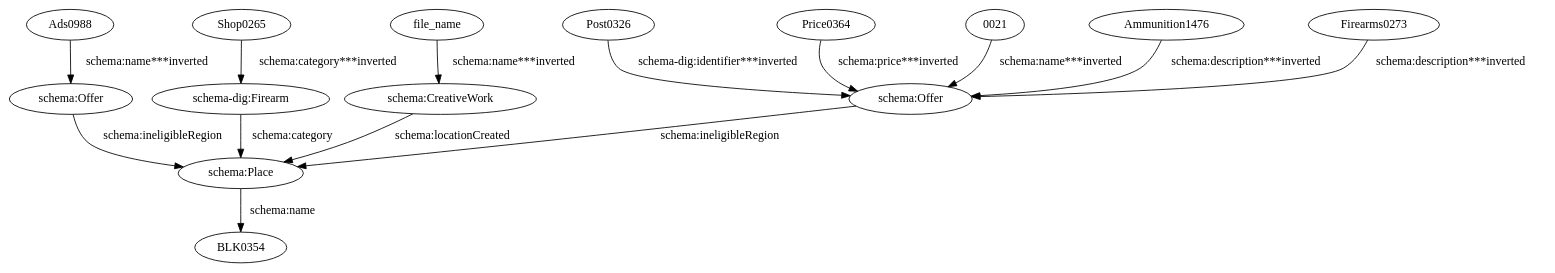
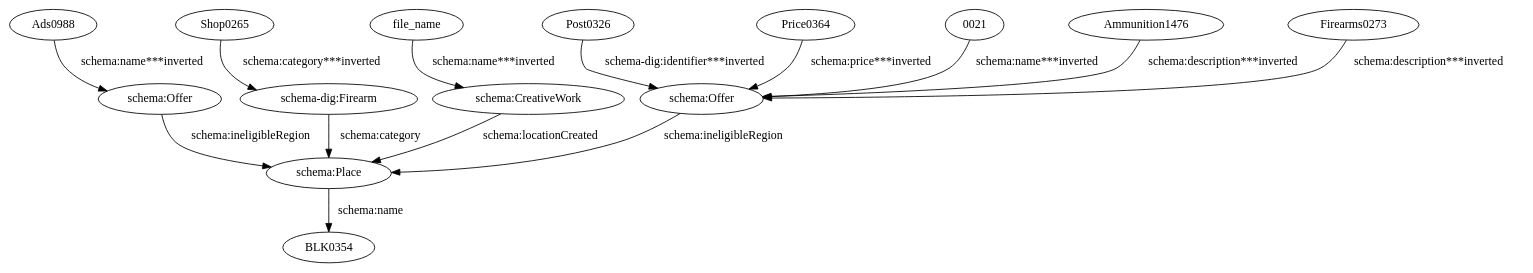
Before and after one commit to giuseppefutia/semi: the diagram in evaluation/taheriyan2016/task_04/semantic_models_steiner/dot/montanagunclassifieds.dot, drawn with Graphviz. The commit also changed 122 other files, not shown here.

```diff
--- a/evaluation/taheriyan2016/task_04/semantic_models_steiner/dot/montanagunclassifieds.dot
+++ b/evaluation/taheriyan2016/task_04/semantic_models_steiner/dot/montanagunclassifieds.dot
@@ -1,29 +1,29 @@
 digraph {
   "0021" [type=attribute_name,label="0021"]
   "schema:Offer1" [type=class_uri,label="schema:Offer"]
   Ads0988 [type=attribute_name,label=Ads0988]
   "schema:Offer2" [type=class_uri,label="schema:Offer"]
   Ammunition1476 [type=attribute_name,label=Ammunition1476]
   Firearms0273 [type=attribute_name,label=Firearms0273]
   Post0326 [type=attribute_name,label=Post0326]
   Price0364 [type=attribute_name,label=Price0364]
   Shop0265 [type=attribute_name,label=Shop0265]
   "schema-dig:Firearm1" [type=class_uri,label="schema-dig:Firearm"]
   file_name [type=attribute_name,label=file_name]
   "schema:CreativeWork1" [type=class_uri,label="schema:CreativeWork"]
   "schema:Place1" [type=class_uri,label="schema:Place"]
   BLK0354 [type=attribute_name,label=BLK0354]
   "0021" -> "schema:Offer1" [type=st_property_uri,label="schema:name***inverted",weight=1]
   Ads0988 -> "schema:Offer2" [type=st_property_uri,label="schema:name***inverted",weight=1]
   Ammunition1476 -> "schema:Offer1" [type=st_property_uri,label="schema:description***inverted",weight=1]
   Firearms0273 -> "schema:Offer1" [type=st_property_uri,label="schema:description***inverted",weight=1]
   Post0326 -> "schema:Offer1" [type=st_property_uri,label="schema-dig:identifier***inverted",weight=1]
   Price0364 -> "schema:Offer1" [type=st_property_uri,label="schema:price***inverted",weight=1]
   Shop0265 -> "schema-dig:Firearm1" [type=st_property_uri,label="schema:category***inverted",weight=1]
   file_name -> "schema:CreativeWork1" [type=st_property_uri,label="schema:name***inverted",weight=1]
-  "schema-dig:Firearm1" -> "schema:Place1" [label="schema:category",type=inherited,weight=4]
-  "schema:CreativeWork1" -> "schema:Place1" [label="schema:locationCreated",type=direct_property_uri,weight=1]
-  "schema:Offer1" -> "schema:Place1" [label="schema:ineligibleRegion",type=direct_property_uri,weight=1]
-  "schema:Offer2" -> "schema:Place1" [label="schema:ineligibleRegion",type=direct_property_uri,weight=1]
+  "schema-dig:Firearm1" -> "schema:Place1" [label="schema:category",type=inherited,weight=300]
+  "schema:CreativeWork1" -> "schema:Place1" [label="schema:locationCreated",type=direct_property_uri,weight=100]
+  "schema:Offer1" -> "schema:Place1" [label="schema:ineligibleRegion",type=direct_property_uri,weight=100]
+  "schema:Offer2" -> "schema:Place1" [label="schema:ineligibleRegion",type=direct_property_uri,weight=100]
   "schema:Place1" -> BLK0354 [label="schema:name",type=st_property_uri]
 }
```
